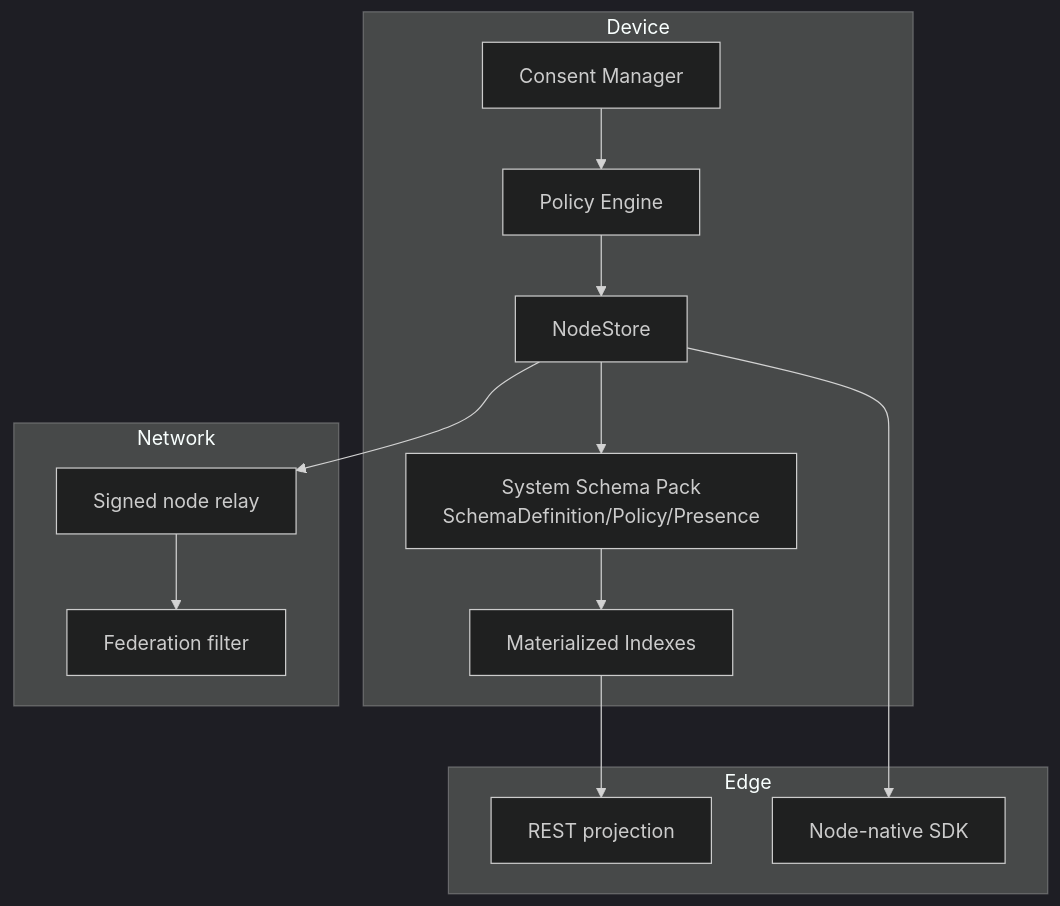
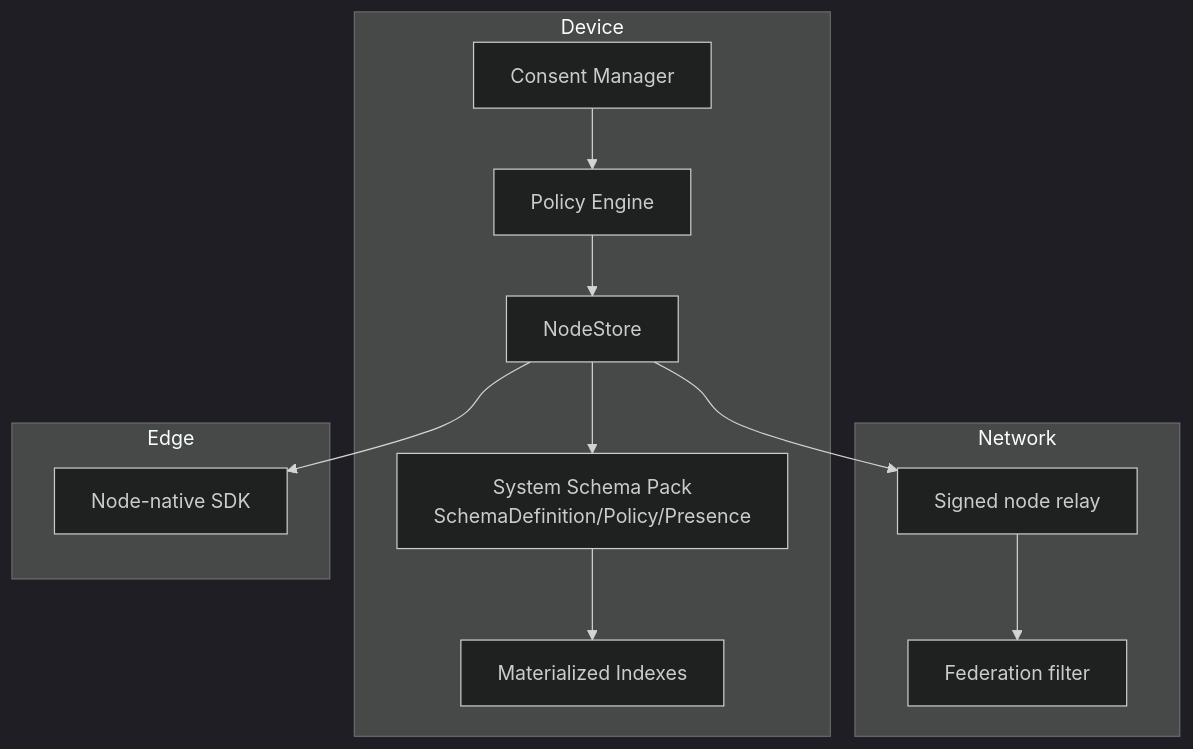
Before and after one commit to crs48/xNet: the ninth of 9 diagrams in docs/explorations/0093_[_]_NODE_NATIVE_GLOBAL_SCHEMA_FEDERATION_MODEL.md, drawn with Mermaid (dark theme). The commit also changed other lines of this file, not shown here.

````diff
--- a/docs/explorations/0093_[_]_NODE_NATIVE_GLOBAL_SCHEMA_FEDERATION_MODEL.md
+++ b/docs/explorations/0093_[_]_NODE_NATIVE_GLOBAL_SCHEMA_FEDERATION_MODEL.md
@@ -354,26 +358,24 @@
 ```mermaid
 flowchart TB
     subgraph Device
       NS[NodeStore]
       SYS[System Schema Pack\nSchemaDefinition/Policy/Presence]
       IDX[Materialized Indexes]
       PE[Policy Engine]
       CM[Consent Manager]
     end
 
     subgraph Network
       RELAY[Signed node relay]
       FED[Federation filter]
     end
 
     subgraph Edge
-      REST[REST projection]
       SDK[Node-native SDK]
     end
 
     NS --> SYS --> IDX
     CM --> PE --> NS
     NS --> RELAY --> FED
-    IDX --> REST
     NS --> SDK
 ```
````
